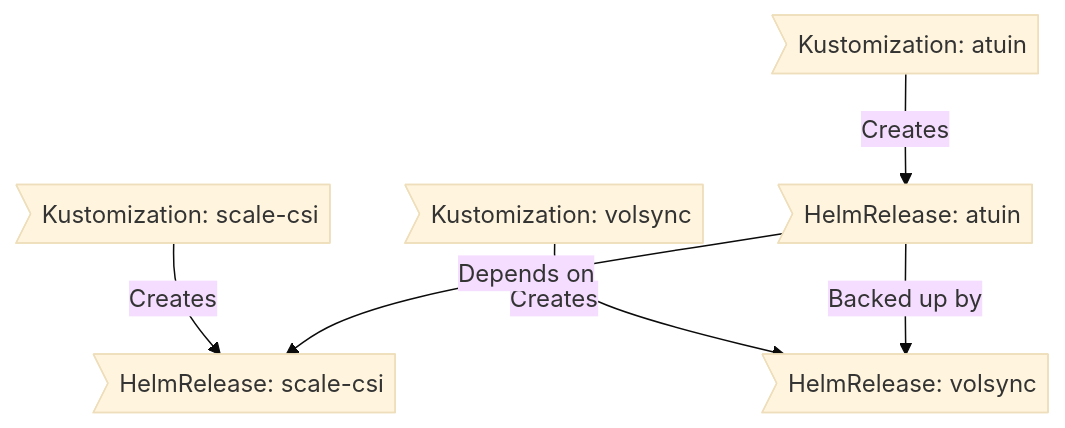
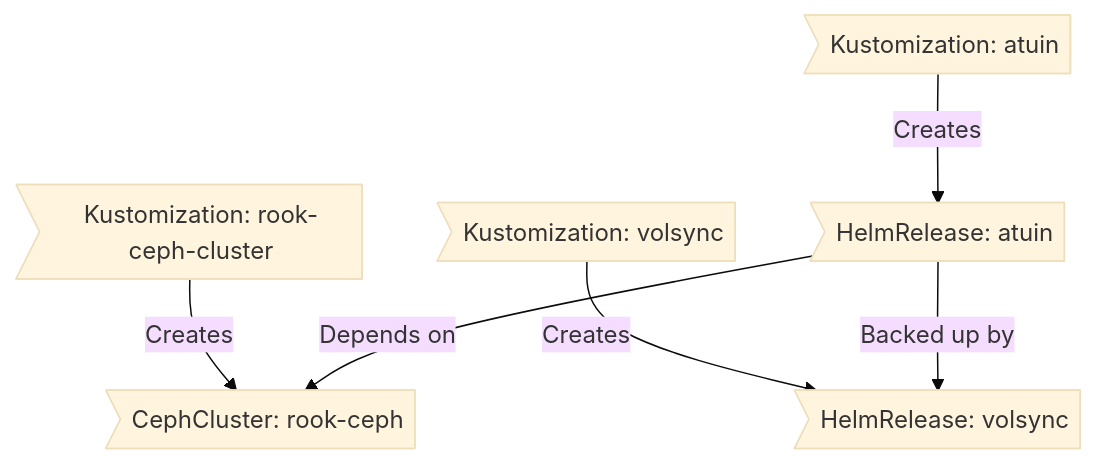
One commit to GizmoTickler/home-ops changed the diagram in README.md. Above: the diagram before and after it, drawn with Mermaid (base theme). The commit also changed other lines of this file, not shown here.

First line of the commit message:
docs(readme): redesign badge layout and update storage architecture

````diff
--- a/README.md
+++ b/README.md
@@ -134,8 +144,8 @@
 ```mermaid
 graph TD
-    A>Kustomization: scale-csi] -->|Creates| B[HelmRelease: scale-csi]
+    A>Kustomization: rook-ceph-cluster] -->|Creates| B[CephCluster: rook-ceph]
     C>Kustomization: volsync] -->|Creates| D[HelmRelease: volsync]
     E>Kustomization: atuin] -->|Creates| F(HelmRelease: atuin)
-    F>HelmRelease: atuin] -->|Depends on| B>HelmRelease: scale-csi]
+    F>HelmRelease: atuin] -->|Depends on| B>CephCluster: rook-ceph]
     F>HelmRelease: atuin] -->|Backed up by| D>HelmRelease: volsync]
 ```
````
